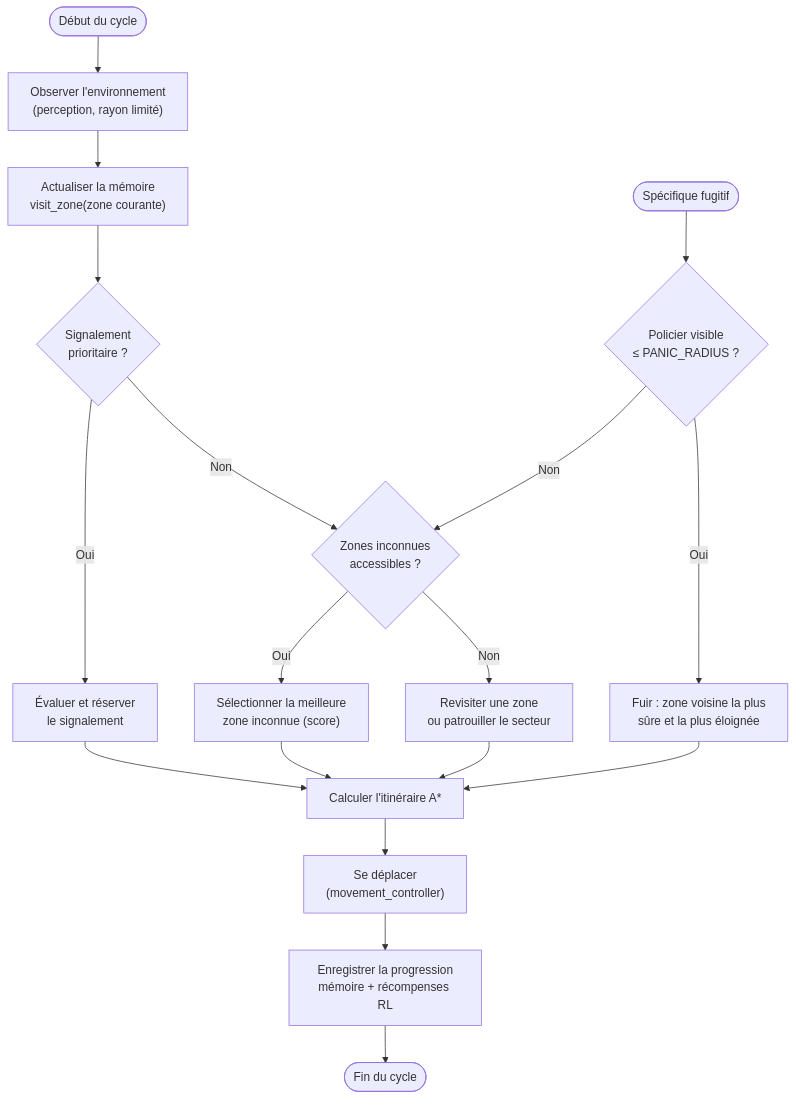
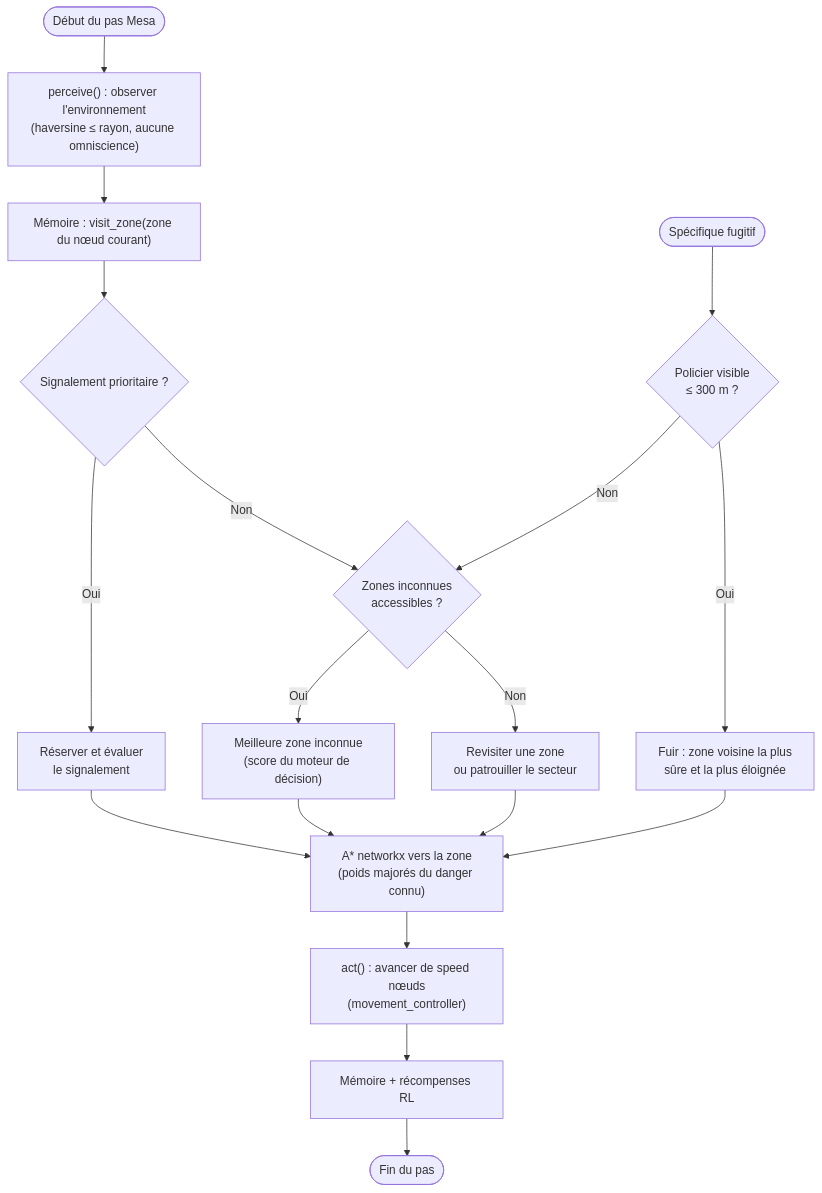
One commit to DNTtlse3/CitySMA changed the fourth of 9 diagrams in docs/DOCUMENTATION.md. Above: the diagram before and after it, drawn with Mermaid. The commit also changed other lines of this file and 18 other files, not shown here.

Commit message:
v3.0 : moteur Mesa + carte OpenStreetMap réelle (OSMnx), rendu Folium temps réel dans Streamlit, A* sur le réseau de rues

````diff
--- a/docs/DOCUMENTATION.md
+++ b/docs/DOCUMENTATION.md
@@ -301,21 +275,21 @@
 ```mermaid
 flowchart TD
-    A([Début du cycle]) --> B["Observer l'environnement<br/>(perception, rayon limité)"]
-    B --> C["Actualiser la mémoire<br/>visit_zone(zone courante)"]
-    C --> D{"Signalement<br/>prioritaire ?"}
-    D -->|Oui| E["Évaluer et réserver<br/>le signalement"]
+    A([Début du pas Mesa]) --> B["perceive() : observer l'environnement<br/>(haversine ≤ rayon, aucune omniscience)"]
+    B --> C["Mémoire : visit_zone(zone du nœud courant)"]
+    C --> D{"Signalement prioritaire ?"}
+    D -->|Oui| E["Réserver et évaluer<br/>le signalement"]
     D -->|Non| F{"Zones inconnues<br/>accessibles ?"}
-    F -->|Oui| G["Sélectionner la meilleure<br/>zone inconnue (score)"]
+    F -->|Oui| G["Meilleure zone inconnue<br/>(score du moteur de décision)"]
     F -->|Non| H["Revisiter une zone<br/>ou patrouiller le secteur"]
-    E --> I["Calculer l'itinéraire A*"]
+    E --> I["A* networkx vers la zone<br/>(poids majorés du danger connu)"]
     G --> I
     H --> I
-    I --> J["Se déplacer<br/>(movement_controller)"]
-    J --> K["Enregistrer la progression<br/>mémoire + récompenses RL"]
-    K --> L([Fin du cycle])
+    I --> J["act() : avancer de speed nœuds<br/>(movement_controller)"]
+    J --> K["Mémoire + récompenses RL"]
+    K --> L([Fin du pas])
 
-    D2(["Spécifique fugitif"]) --> D3{"Policier visible<br/>≤ PANIC_RADIUS ?"}
+    D2(["Spécifique fugitif"]) --> D3{"Policier visible<br/>≤ 300 m ?"}
     D3 -->|Oui| D4["Fuir : zone voisine la plus<br/>sûre et la plus éloignée"]
     D3 -->|Non| F
     D4 --> I
 ```
````
